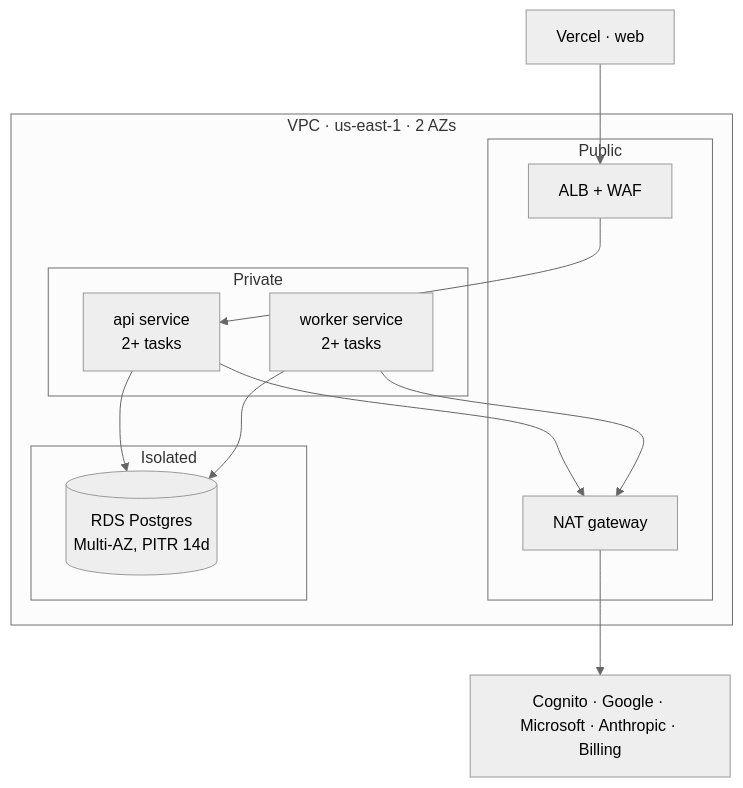
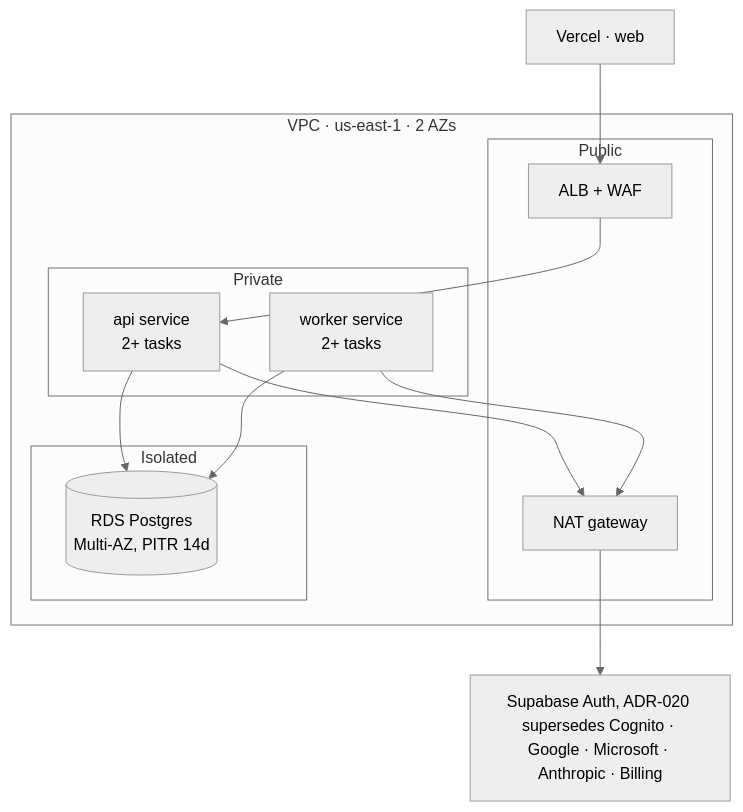
One commit to JaySingh86/MoneyPilotAI changed the ninth of 9 diagrams in docs/architecture/ARCHITECTURE.md. Above: the diagram before and after it, drawn with Mermaid (neutral theme). The commit also changed other lines of this file and 74 other files, not shown here.

First line of the commit message:
WP-33: Supabase Auth through the API (ADR-020); Cognito and Amplify removed; WP-33 done (owner G1 sign-off pending)

````diff
--- a/docs/architecture/ARCHITECTURE.md
+++ b/docs/architecture/ARCHITECTURE.md
@@ -308,23 +308,23 @@
 ```mermaid
 flowchart TB
   subgraph VPC["VPC · us-east-1 · 2 AZs"]
     subgraph Public
       ALB2[ALB + WAF]
       NAT[NAT gateway]
     end
     subgraph Private
       APIS[api service<br/>2+ tasks]
       WRKS[worker service<br/>2+ tasks]
     end
     subgraph Isolated
       RDS[(RDS Postgres<br/>Multi-AZ, PITR 14d)]
     end
   end
   VERCEL[Vercel · web] --> ALB2
   ALB2 --> APIS
   APIS --> RDS
   WRKS --> RDS
   APIS --> NAT
   WRKS --> NAT
-  NAT --> EXT[Cognito · Google · Microsoft · Anthropic · Billing]
+  NAT --> EXT[Supabase Auth, ADR-020 supersedes Cognito · Google · Microsoft · Anthropic · Billing]
 ```
````
